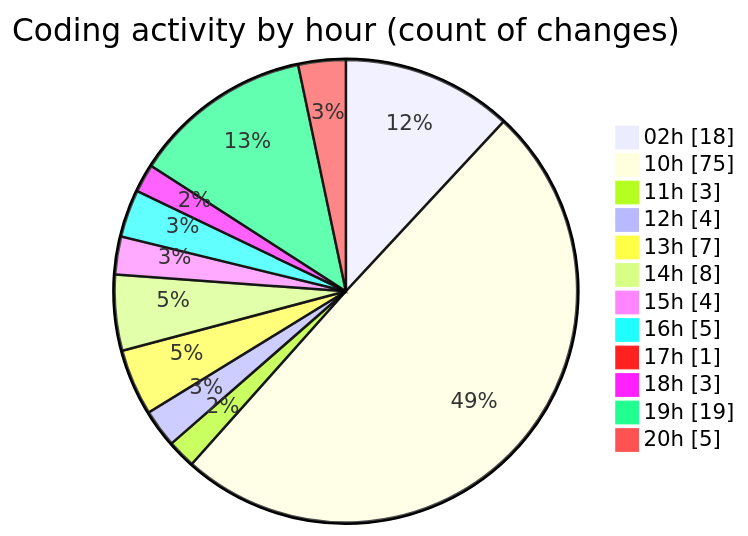
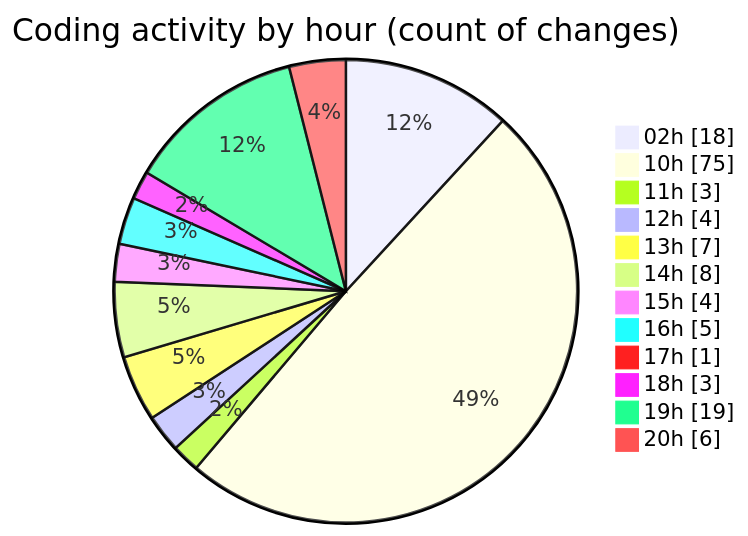
The second of 2 diagrams in 2026-07-08/twenty_versions_aminor/README.md (shibass792/code-tracking), drawn with Mermaid before and after one commit. The commit also changed other lines of this file and 1 other file, not shown here.

````diff
--- a/2026-07-08/twenty_versions_aminor/README.md
+++ b/2026-07-08/twenty_versions_aminor/README.md
@@ -50,16 +51,16 @@
 ```mermaid
 pie showData
 title Coding activity by hour (count of changes)
 "02h" : 18
 "10h" : 75
 "11h" : 3
 "12h" : 4
 "13h" : 7
 "14h" : 8
 "15h" : 4
 "16h" : 5
 "17h" : 1
 "18h" : 3
 "19h" : 19
-"20h" : 5
+"20h" : 6
 ```
````
